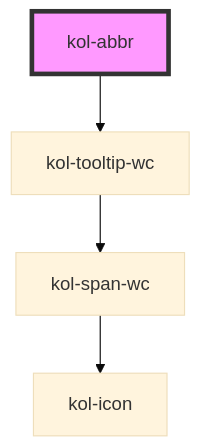
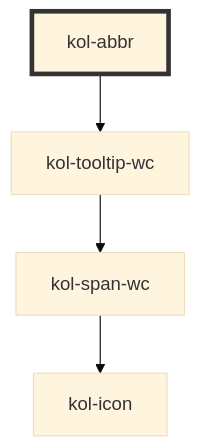
The diagram in packages/components/src/components/abbr/readme.md (public-ui/kolibri), drawn with Mermaid (base theme) before and after one commit. The commit also changed 40 other files, not shown here.

````diff
--- a/packages/components/src/components/abbr/readme.md
+++ b/packages/components/src/components/abbr/readme.md
@@ -66,7 +66,7 @@
 ```mermaid
 graph TD;
   kol-abbr --> kol-tooltip-wc
   kol-tooltip-wc --> kol-span-wc
   kol-span-wc --> kol-icon
-  style kol-abbr fill:#f9f,stroke:#333,stroke-width:4px
+  style kol-abbr stroke:#333,stroke-width:4px
 ```
````
